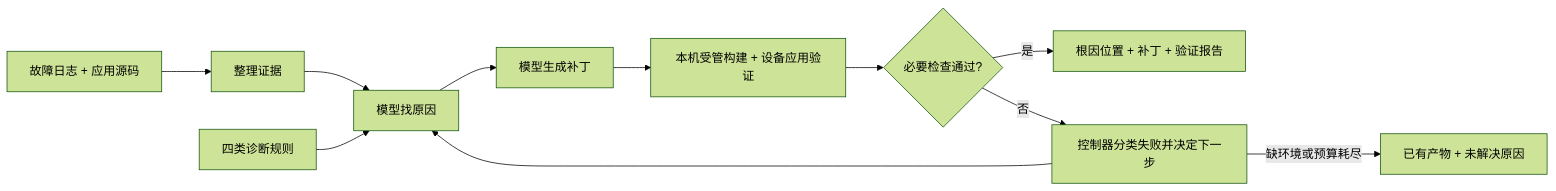
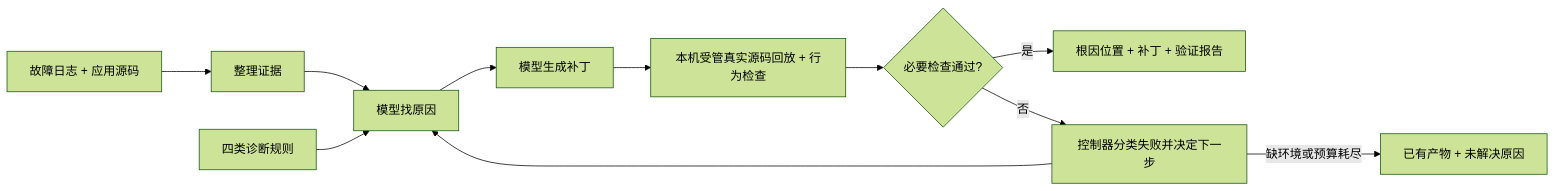
The diagram in DEVELOPMENT.md (kxahcc/EviMend), drawn with Mermaid (forest theme) before and after one commit. The commit also changed other lines of this file and 34 other files, not shown here.

````diff
--- a/DEVELOPMENT.md
+++ b/DEVELOPMENT.md
@@ -34,13 +36,13 @@
 ```mermaid
 flowchart LR
     A[故障日志 + 应用源码] --> B[整理证据]
     B --> C[模型找原因]
     K[四类诊断规则] --> C
     C --> D[模型生成补丁]
-    D --> E[本机受管构建 + 设备应用验证]
+    D --> E[本机受管真实源码回放 + 行为检查]
     E --> F{必要检查通过?}
     F -->|是| G[根因位置 + 补丁 + 验证报告]
     F -->|否| H[控制器分类失败并决定下一步]
     H --> C
     H -->|缺环境或预算耗尽| I[已有产物 + 未解决原因]
 ```
````
